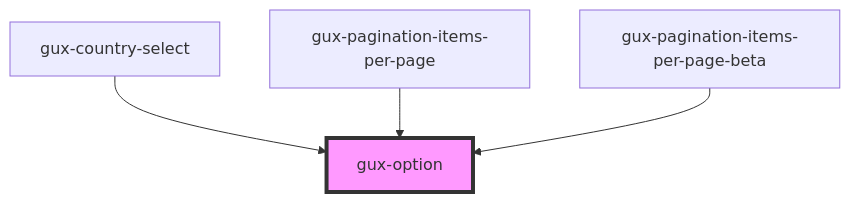
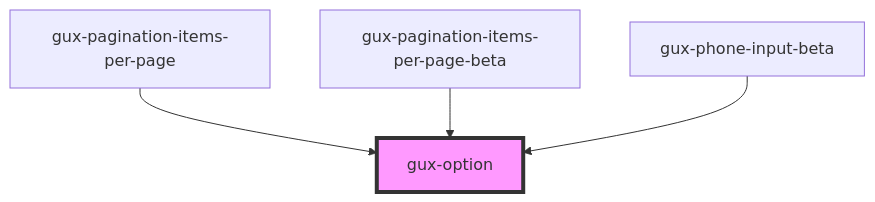
One commit to MyPureCloud/genesys-spark changed the diagram in src/components/stable/gux-listbox/gux-option/readme.md. Above: the diagram before and after it, drawn with Mermaid. The commit also changed other lines of this file and 46 other files, not shown here.

Commit message:
chore(phone-input): refactoring to use form-field paradigm like time-picker

````diff
--- a/src/components/stable/gux-listbox/gux-option/readme.md
+++ b/src/components/stable/gux-listbox/gux-option/readme.md
@@ -27,7 +27,7 @@
 ```mermaid
 graph TD;
-  gux-country-select --> gux-option
   gux-pagination-items-per-page --> gux-option
   gux-pagination-items-per-page-beta --> gux-option
+  gux-phone-input-beta --> gux-option
   style gux-option fill:#f9f,stroke:#333,stroke-width:4px
 ```
````
